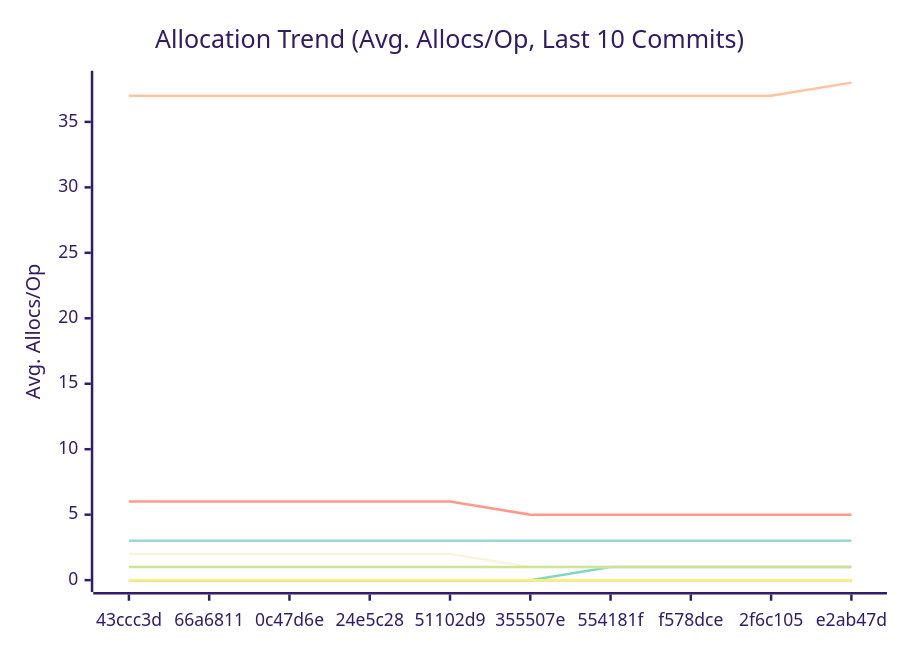
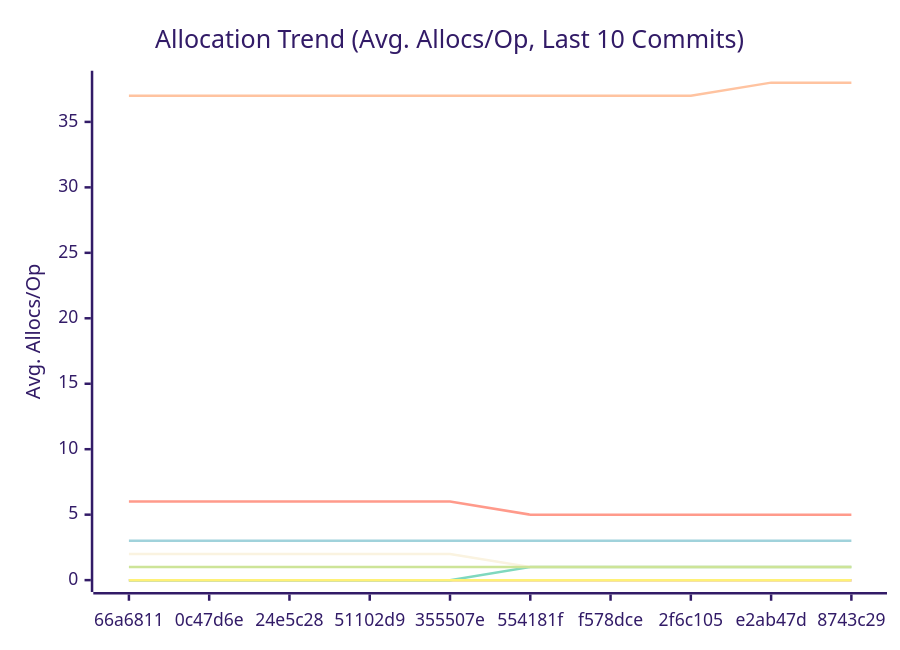
Before and after one commit to alsotoes/momo: the third of 3 diagrams in docs/PERFORMANCE.md, drawn with Mermaid (forest theme). The commit also changed other lines of this file and 2 other files, not shown here.

````diff
--- a/docs/PERFORMANCE.md
+++ b/docs/PERFORMANCE.md
@@ -178,18 +176,18 @@
 ```mermaid
 xychart-beta
     title "Allocation Trend (Avg. Allocs/Op, Last 10 Commits)"
     x-axis "Commit"
     y-axis "Avg. Allocs/Op"
-    x-axis [43ccc3d,66a6811,0c47d6e,24e5c28,51102d9,355507e,554181f,f578dce,2f6c105,e2ab47d]
+    x-axis [66a6811,0c47d6e,24e5c28,51102d9,355507e,554181f,f578dce,2f6c105,e2ab47d,8743c29]
     line "CheckMetricsAndSwap" [0,0,0,0,0,0,0,0,0,0]
     line "CrushOptimized" [0,0,0,0,0,0,0,0,0,0]
     line "CrushOriginal" [3,3,3,3,3,3,3,3,3,3]
     line "IndexDirectTracking" [0,0,0,0,0,0,0,0,0,0]
     line "IndexSearch" [0,0,0,0,0,0,0,0,0,0]
-    line "LoadGlobalConfig" [37,37,37,37,37,37,37,37,37,38]
-    line "PadString" [0,0,0,0,0,0,1,1,1,1]
+    line "LoadGlobalConfig" [37,37,37,37,37,37,37,37,38,38]
+    line "PadString" [0,0,0,0,0,1,1,1,1,1]
     line "ParseReplicationOrder_NoPrealloc" [6,6,6,6,6,5,5,5,5,5]
     line "ParseReplicationOrder_Prealloc" [2,2,2,2,2,1,1,1,1,1]
     line "SanitizeLog/Safe" [0,0,0,0,0,0,0,0,0,0]
     line "SanitizeLog/Unsafe" [1,1,1,1,1,1,1,1,1,1]
 ```
````
